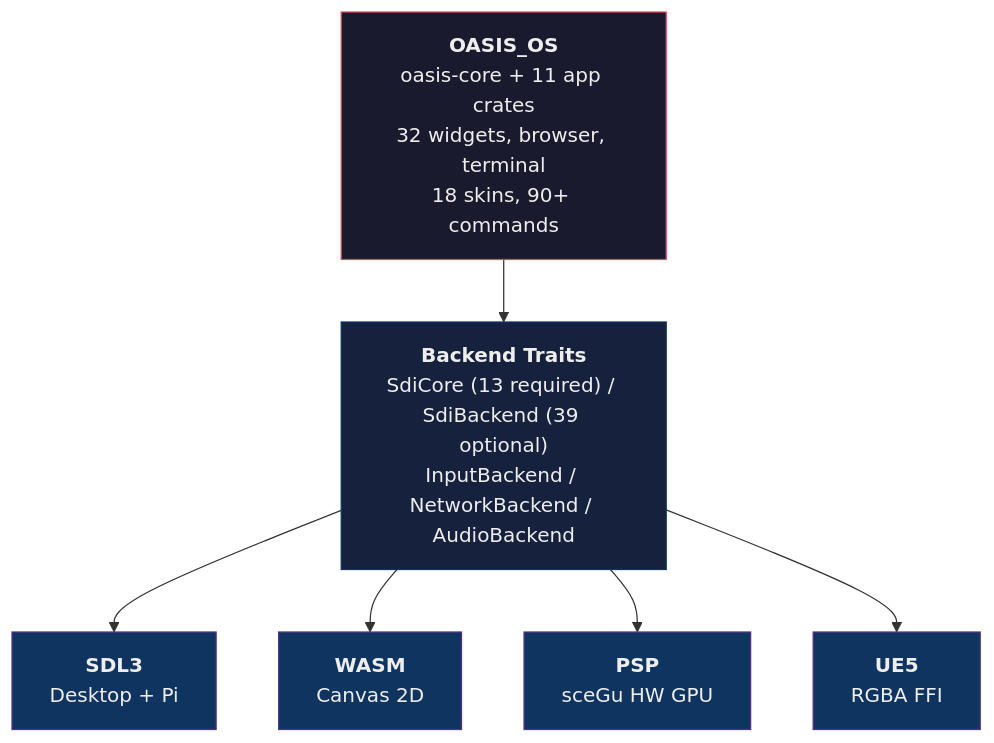
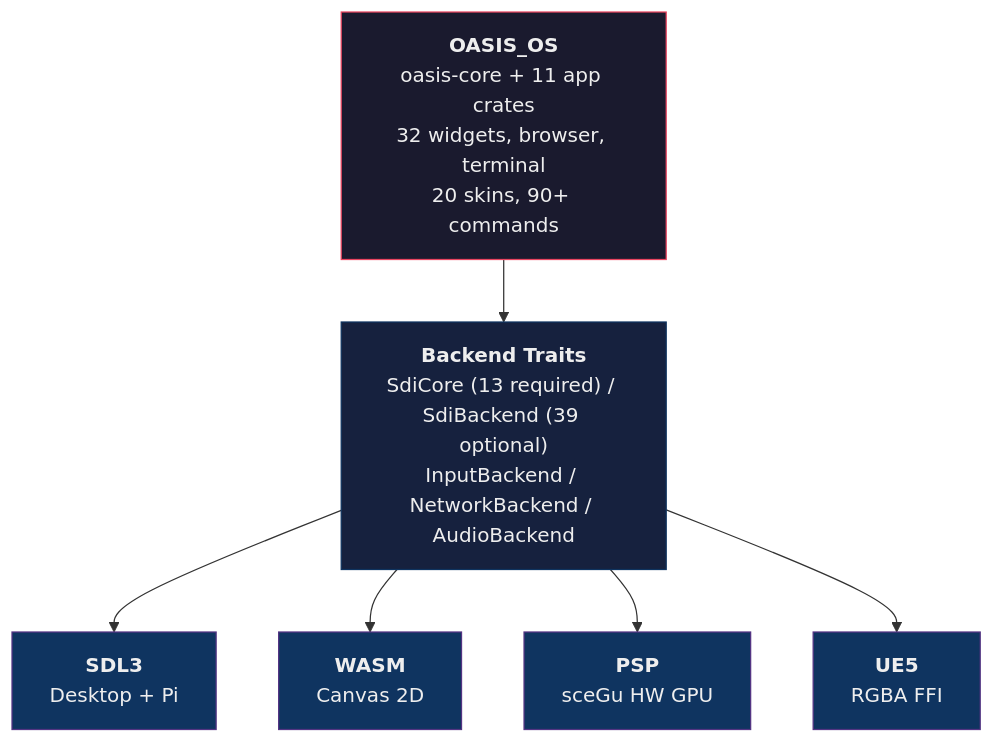
One commit to AndrewAltimit/oasis-os changed the diagram in README.md. Above: the diagram before and after it, drawn with Mermaid. The commit also changed other lines of this file and 9 other files, not shown here.

````diff
--- a/README.md
+++ b/README.md
@@ -41,23 +41,23 @@
 ```mermaid
 graph TD
-    APP["<b>OASIS_OS</b><br/>oasis-core + 11 app crates<br/>32 widgets, browser, terminal<br/>18 skins, 90+ commands"]
+    APP["<b>OASIS_OS</b><br/>oasis-core + 11 app crates<br/>32 widgets, browser, terminal<br/>20 skins, 90+ commands"]
     TRAITS["<b>Backend Traits</b><br/>SdiCore (13 required) / SdiBackend (39 optional)<br/>InputBackend / NetworkBackend / AudioBackend"]
 
     SDL["<b>SDL3</b><br/>Desktop + Pi"]
     WASM["<b>WASM</b><br/>Canvas 2D"]
     PSP["<b>PSP</b><br/>sceGu HW GPU"]
     UE5["<b>UE5</b><br/>RGBA FFI"]
 
     APP --> TRAITS
     TRAITS --> SDL
     TRAITS --> WASM
     TRAITS --> PSP
     TRAITS --> UE5
 
     style APP fill:#1a1a2e,stroke:#e94560,color:#eee
     style TRAITS fill:#16213e,stroke:#0f3460,color:#eee
     style SDL fill:#0f3460,stroke:#533483,color:#eee
     style WASM fill:#0f3460,stroke:#533483,color:#eee
     style PSP fill:#0f3460,stroke:#533483,color:#eee
     style UE5 fill:#0f3460,stroke:#533483,color:#eee
 ```
````
